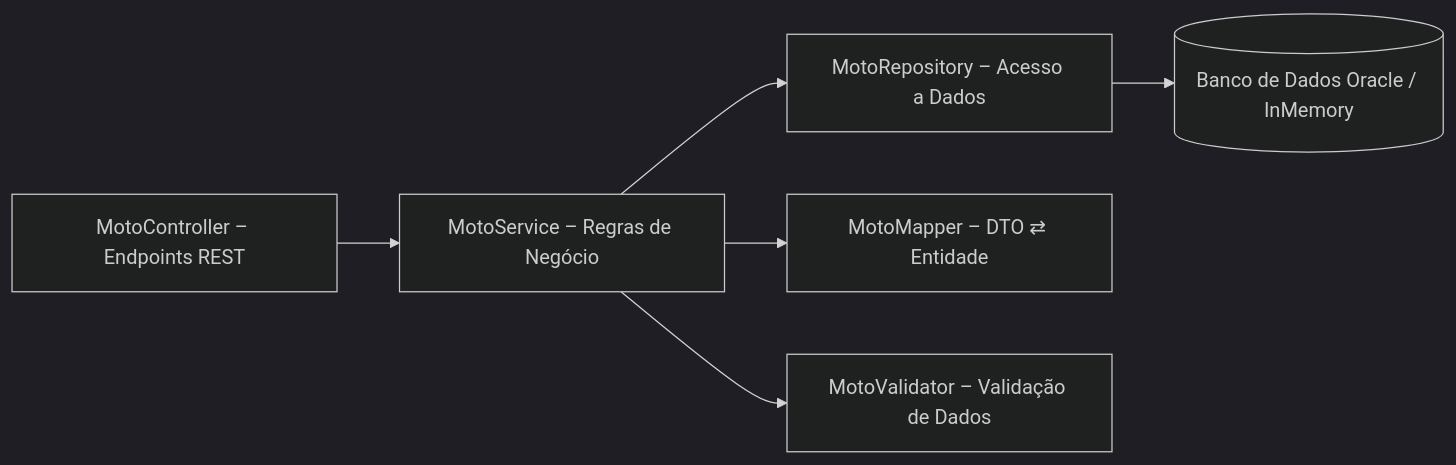
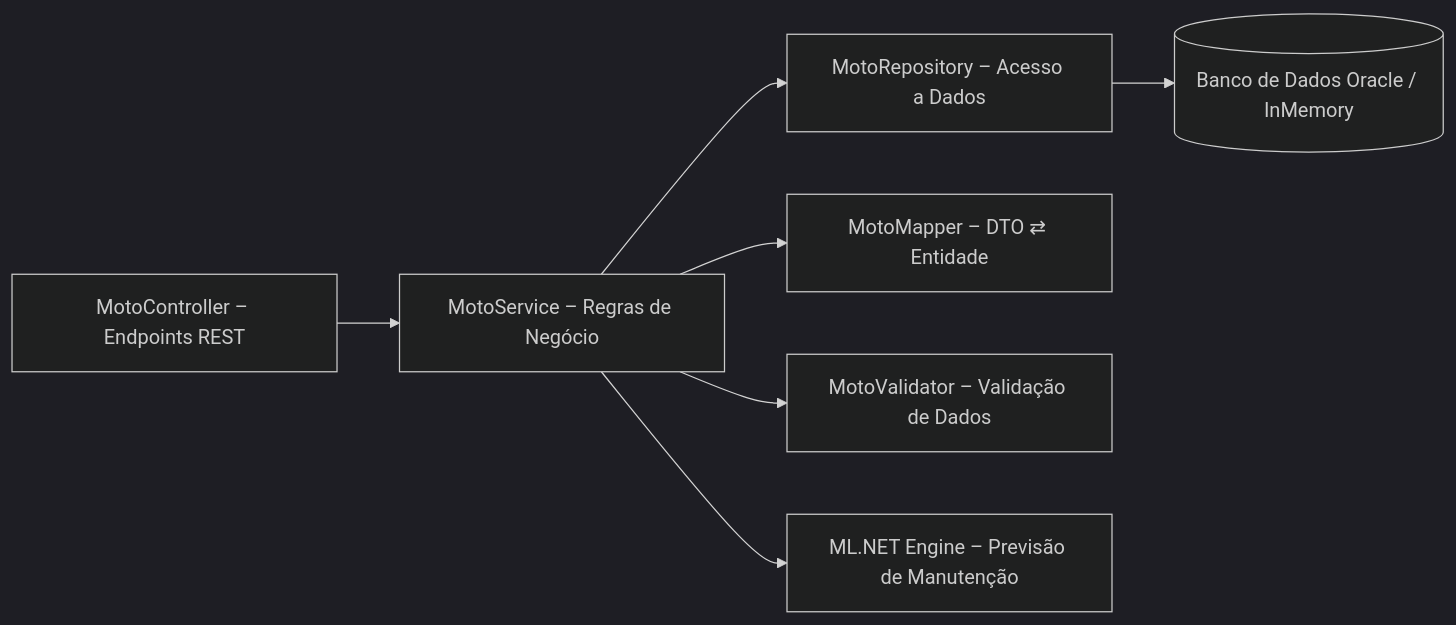
One commit to leomotalima/MottuFlow-Sprint4 changed the second of 2 diagrams in README.md. Above: the diagram before and after it, drawn with Mermaid (dark theme). The commit also changed other lines of this file, not shown here.

````diff
--- a/README.md
+++ b/README.md
@@ -63,15 +64,17 @@
 ```mermaid
 graph LR
     ctrl["MotoController – Endpoints REST"]
     svc["MotoService – Regras de Negócio"]
     repo["MotoRepository – Acesso a Dados"]
     mapper["MotoMapper – DTO ⇄ Entidade"]
     validator["MotoValidator – Validação de Dados"]
+    mlengine["ML.NET Engine – Previsão de Manutenção"]
     db[(Banco de Dados Oracle / InMemory)]
 
     ctrl --> svc
     svc --> repo
     svc --> mapper
     svc --> validator
+    svc --> mlengine
     repo --> db
 ```
````
